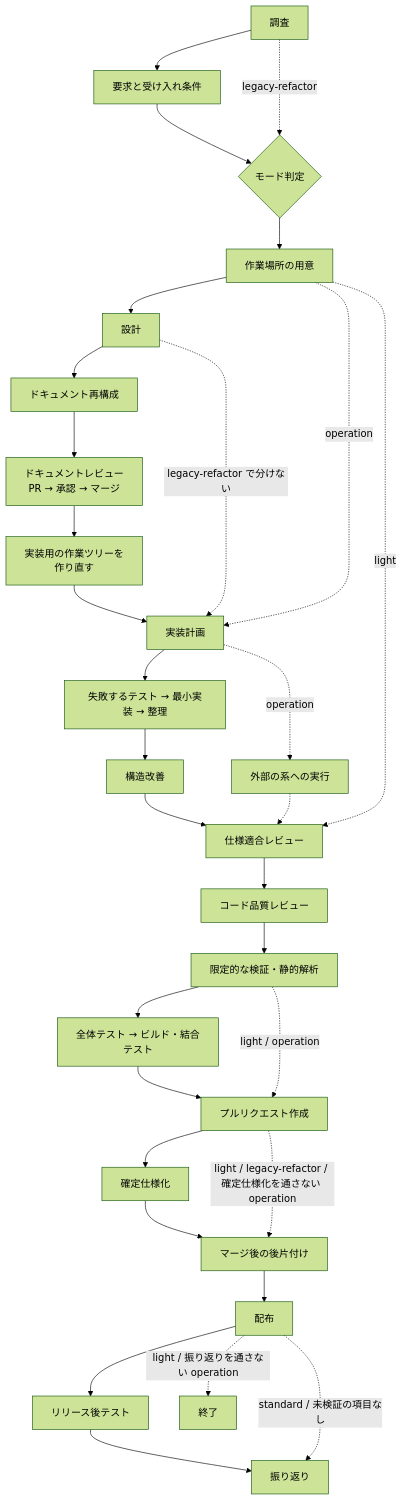
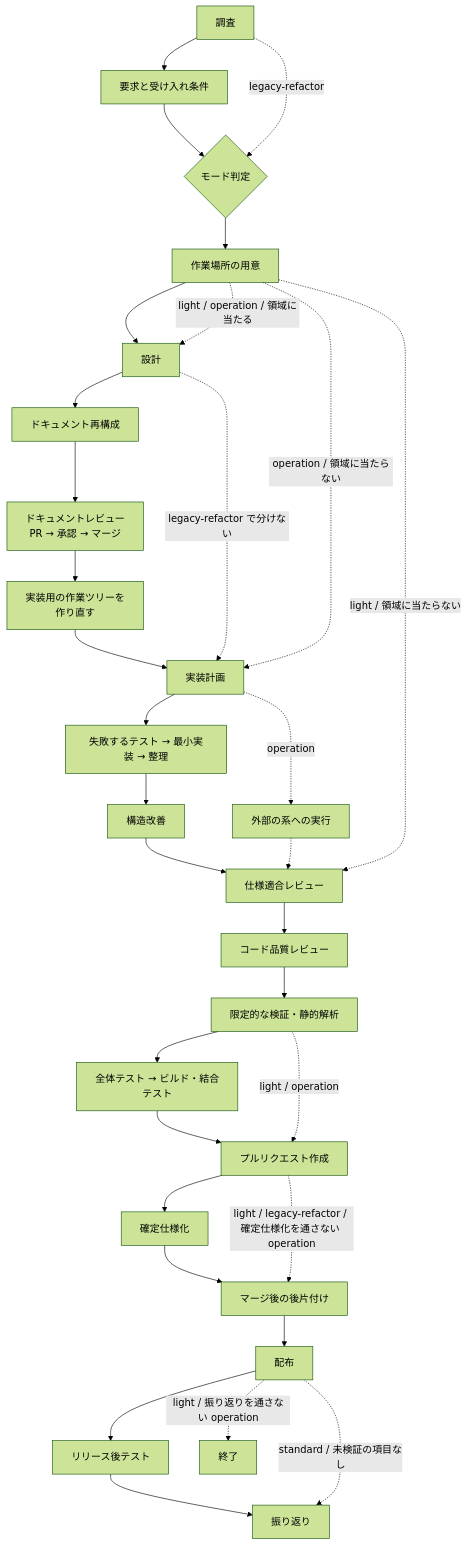
The second of 2 diagrams in plugins/ndf/skills/development-workflow/SKILL.md (devbasex/ai-plugins), drawn with Mermaid (forest theme) before and after one commit. The commit also changed other lines of this file and 21 other files, not shown here.

````diff
--- a/plugins/ndf/skills/development-workflow/SKILL.md
+++ b/plugins/ndf/skills/development-workflow/SKILL.md
@@ -336,33 +338,34 @@
 ```mermaid
 flowchart TD
     A[調査] --> B[要求と受け入れ条件]
     B --> D{モード判定}
     D --> S[作業場所の用意]
     S --> C[設計]
     C --> DR[ドキュメント再構成]
     DR --> F[ドキュメントレビュー<br/>PR → 承認 → マージ]
     F --> W[実装用の作業ツリーを<br/>作り直す]
     W --> G[実装計画]
     G --> H[失敗するテスト → 最小実装 → 整理]
     H --> R[構造改善]
     R --> I[仕様適合レビュー]
     I --> J[コード品質レビュー]
     J --> K[限定的な検証・静的解析]
     K --> N[全体テスト → ビルド・結合テスト]
     N --> L[プルリクエスト作成]
     L --> M[確定仕様化]
     M --> P[マージ後の後片付け]
     P --> RL[配布]
     RL --> Q[リリース後テスト]
     Q --> T[振り返り]
     RL -.->|standard / 未検証の項目なし| T
     A -.->|legacy-refactor| D
     C -.->|legacy-refactor で分けない| G
-    S -.->|operation| G
+    S -.->|"operation / 領域に当たらない"| G
+    S -.->|"light / operation / 領域に当たる"| C
     G -.->|operation| X[外部の系への実行]
     X -.-> I
-    S -.->|light| I
+    S -.->|"light / 領域に当たらない"| I
     K -.->|light / operation| L
     L -.->|light / legacy-refactor / 確定仕様化を通さない operation| P
     RL -.->|light / 振り返りを通さない operation| Z[終了]
 ```
````
